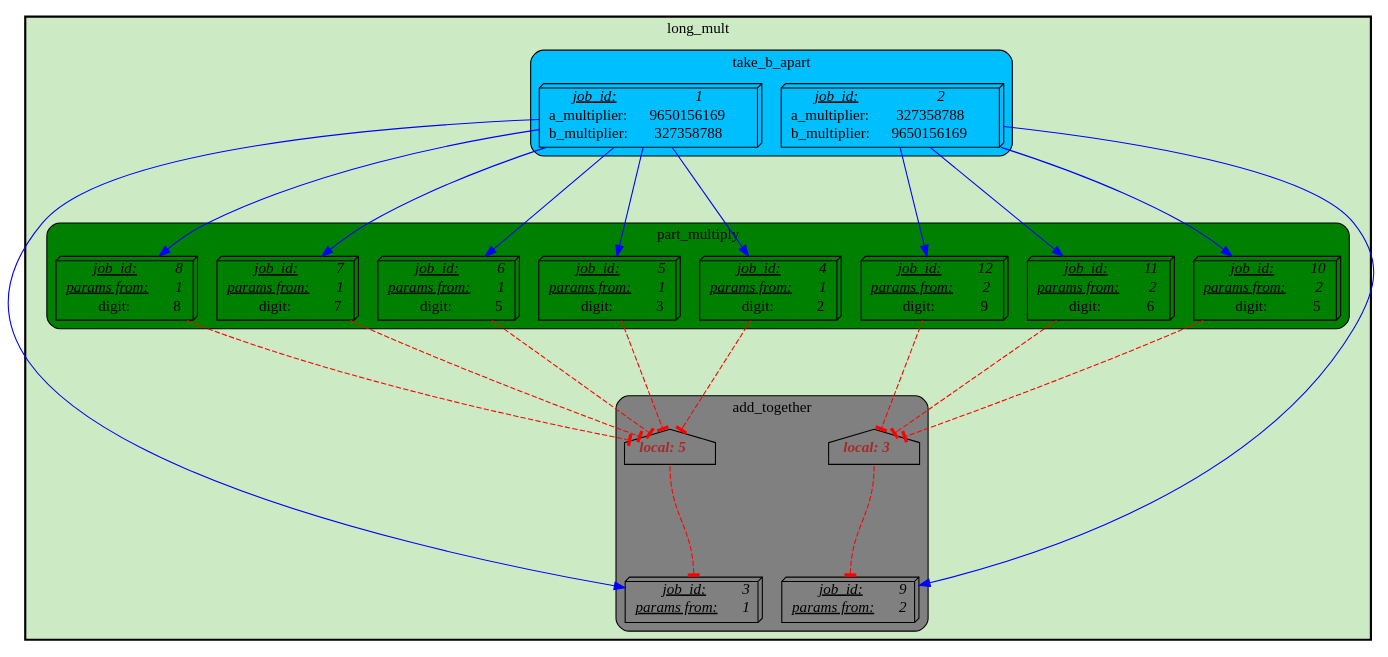
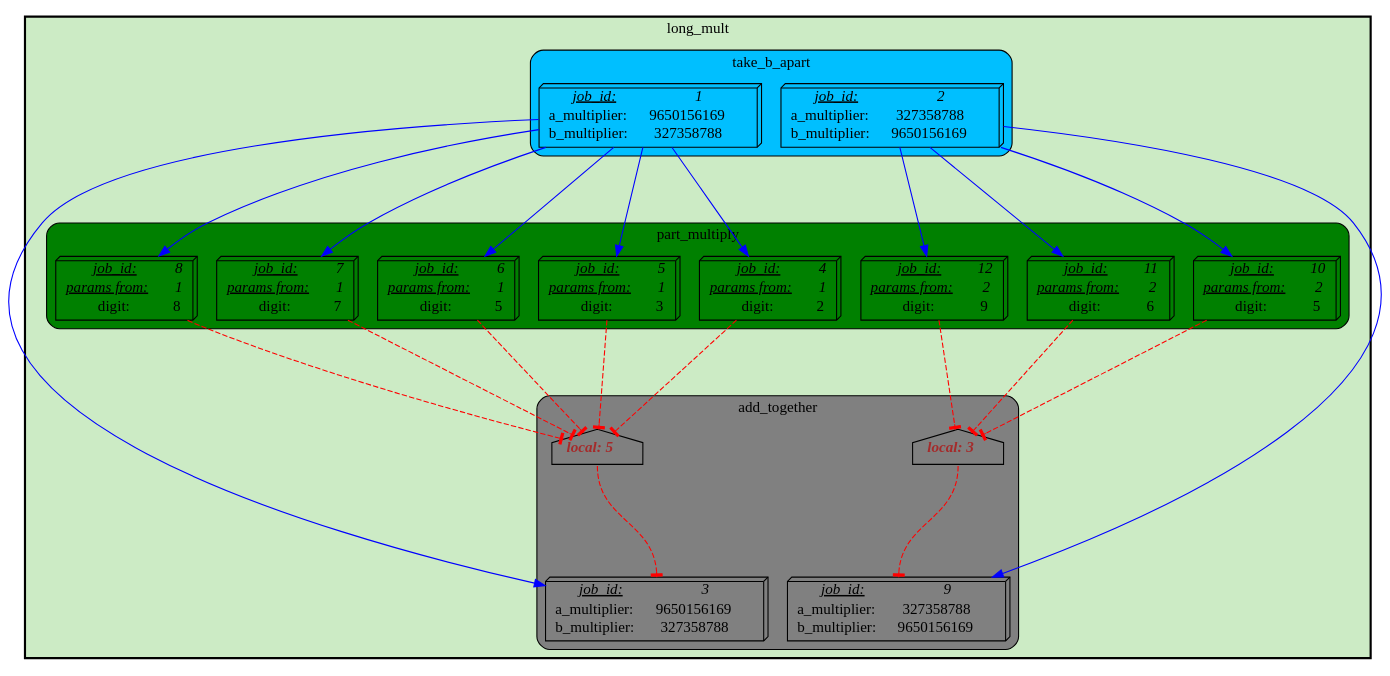
The diagram in t/03.scripts/visualize_jobs/long_mult/long_mult_jobs_03.dot (Ensembl/ensembl-hive), drawn with Graphviz before and after one commit. The commit also changed 27 other files, not shown here.

```diff
--- a/t/03.scripts/visualize_jobs/long_mult/long_mult_jobs_03.dot
+++ b/t/03.scripts/visualize_jobs/long_mult/long_mult_jobs_03.dot
@@ -1,80 +1,80 @@
 digraph test {
 	ratio="compress"; name = "JobDependencyGraph"; pad = "0"; ranksep = "1.4"; remincross = "true";
 	job_10__long_mult [fillcolor="green", label=<<table border="0" cellborder="0" cellspacing="0" cellpadding="1"><tr><td><u><i>job_id:</i></u></td><td><i>10</i></td></tr><tr><td><u><i>params from:</i></u></td><td><i>2</i></td></tr><tr><td>digit:</td><td> 5</td></tr></table>>, shape="box3d", style="filled"];
 	job_11__long_mult [fillcolor="green", label=<<table border="0" cellborder="0" cellspacing="0" cellpadding="1"><tr><td><u><i>job_id:</i></u></td><td><i>11</i></td></tr><tr><td><u><i>params from:</i></u></td><td><i>2</i></td></tr><tr><td>digit:</td><td> 6</td></tr></table>>, shape="box3d", style="filled"];
 	job_12__long_mult [fillcolor="green", label=<<table border="0" cellborder="0" cellspacing="0" cellpadding="1"><tr><td><u><i>job_id:</i></u></td><td><i>12</i></td></tr><tr><td><u><i>params from:</i></u></td><td><i>2</i></td></tr><tr><td>digit:</td><td> 9</td></tr></table>>, shape="box3d", style="filled"];
 	job_1__long_mult [fillcolor="DeepSkyBlue", label=<<table border="0" cellborder="0" cellspacing="0" cellpadding="1"><tr><td><u><i>job_id:</i></u></td><td><i>1</i></td></tr><tr><td>a_multiplier:</td><td> 9650156169</td></tr><tr><td>b_multiplier:</td><td> 327358788</td></tr></table>>, shape="box3d", style="filled"];
 	job_2__long_mult [fillcolor="DeepSkyBlue", label=<<table border="0" cellborder="0" cellspacing="0" cellpadding="1"><tr><td><u><i>job_id:</i></u></td><td><i>2</i></td></tr><tr><td>a_multiplier:</td><td> 327358788</td></tr><tr><td>b_multiplier:</td><td> 9650156169</td></tr></table>>, shape="box3d", style="filled"];
-	job_3__long_mult [fillcolor="grey", label=<<table border="0" cellborder="0" cellspacing="0" cellpadding="1"><tr><td><u><i>job_id:</i></u></td><td><i>3</i></td></tr><tr><td><u><i>params from:</i></u></td><td><i>1</i></td></tr></table>>, shape="box3d", style="filled"];
+	job_3__long_mult [fillcolor="grey", label=<<table border="0" cellborder="0" cellspacing="0" cellpadding="1"><tr><td><u><i>job_id:</i></u></td><td><i>3</i></td></tr><tr><td>a_multiplier:</td><td> 9650156169</td></tr><tr><td>b_multiplier:</td><td> 327358788</td></tr></table>>, shape="box3d", style="filled"];
 	job_4__long_mult [fillcolor="green", label=<<table border="0" cellborder="0" cellspacing="0" cellpadding="1"><tr><td><u><i>job_id:</i></u></td><td><i>4</i></td></tr><tr><td><u><i>params from:</i></u></td><td><i>1</i></td></tr><tr><td>digit:</td><td> 2</td></tr></table>>, shape="box3d", style="filled"];
 	job_5__long_mult [fillcolor="green", label=<<table border="0" cellborder="0" cellspacing="0" cellpadding="1"><tr><td><u><i>job_id:</i></u></td><td><i>5</i></td></tr><tr><td><u><i>params from:</i></u></td><td><i>1</i></td></tr><tr><td>digit:</td><td> 3</td></tr></table>>, shape="box3d", style="filled"];
 	job_6__long_mult [fillcolor="green", label=<<table border="0" cellborder="0" cellspacing="0" cellpadding="1"><tr><td><u><i>job_id:</i></u></td><td><i>6</i></td></tr><tr><td><u><i>params from:</i></u></td><td><i>1</i></td></tr><tr><td>digit:</td><td> 5</td></tr></table>>, shape="box3d", style="filled"];
 	job_7__long_mult [fillcolor="green", label=<<table border="0" cellborder="0" cellspacing="0" cellpadding="1"><tr><td><u><i>job_id:</i></u></td><td><i>7</i></td></tr><tr><td><u><i>params from:</i></u></td><td><i>1</i></td></tr><tr><td>digit:</td><td> 7</td></tr></table>>, shape="box3d", style="filled"];
 	job_8__long_mult [fillcolor="green", label=<<table border="0" cellborder="0" cellspacing="0" cellpadding="1"><tr><td><u><i>job_id:</i></u></td><td><i>8</i></td></tr><tr><td><u><i>params from:</i></u></td><td><i>1</i></td></tr><tr><td>digit:</td><td> 8</td></tr></table>>, shape="box3d", style="filled"];
-	job_9__long_mult [fillcolor="grey", label=<<table border="0" cellborder="0" cellspacing="0" cellpadding="1"><tr><td><u><i>job_id:</i></u></td><td><i>9</i></td></tr><tr><td><u><i>params from:</i></u></td><td><i>2</i></td></tr></table>>, shape="box3d", style="filled"];
+	job_9__long_mult [fillcolor="grey", label=<<table border="0" cellborder="0" cellspacing="0" cellpadding="1"><tr><td><u><i>job_id:</i></u></td><td><i>9</i></td></tr><tr><td>a_multiplier:</td><td> 327358788</td></tr><tr><td>b_multiplier:</td><td> 9650156169</td></tr></table>>, shape="box3d", style="filled"];
 	semaphore_1__long_mult [fillcolor="grey", label=<<table border="0" cellborder="0" cellspacing="0" cellpadding="1"><tr><td colspan="3"><font color="brown"><b><i>local: 5</i></b></font></td></tr></table>>, margin="0,0", shape="house", style="filled"];
 	semaphore_2__long_mult [fillcolor="grey", label=<<table border="0" cellborder="0" cellspacing="0" cellpadding="1"><tr><td colspan="3"><font color="brown"><b><i>local: 3</i></b></font></td></tr></table>>, margin="0,0", shape="house", style="filled"];
 	job_10__long_mult -> semaphore_2__long_mult [arrowhead="tee", color="red", style="dashed"];
 	job_11__long_mult -> semaphore_2__long_mult [arrowhead="tee", color="red", style="dashed"];
 	job_12__long_mult -> semaphore_2__long_mult [arrowhead="tee", color="red", style="dashed"];
 	job_1__long_mult -> job_3__long_mult [color="blue"];
 	job_1__long_mult -> job_4__long_mult [color="blue"];
 	job_1__long_mult -> job_5__long_mult [color="blue"];
 	job_1__long_mult -> job_6__long_mult [color="blue"];
 	job_1__long_mult -> job_7__long_mult [color="blue"];
 	job_1__long_mult -> job_8__long_mult [color="blue"];
 	job_2__long_mult -> job_10__long_mult [color="blue"];
 	job_2__long_mult -> job_11__long_mult [color="blue"];
 	job_2__long_mult -> job_12__long_mult [color="blue"];
 	job_2__long_mult -> job_9__long_mult [color="blue"];
 	job_4__long_mult -> semaphore_1__long_mult [arrowhead="tee", color="red", style="dashed"];
 	job_5__long_mult -> semaphore_1__long_mult [arrowhead="tee", color="red", style="dashed"];
 	job_6__long_mult -> semaphore_1__long_mult [arrowhead="tee", color="red", style="dashed"];
 	job_7__long_mult -> semaphore_1__long_mult [arrowhead="tee", color="red", style="dashed"];
 	job_8__long_mult -> semaphore_1__long_mult [arrowhead="tee", color="red", style="dashed"];
 	semaphore_1__long_mult -> job_3__long_mult [arrowhead="tee", color="red", headport="n", style="dashed", tailport="s"];
 	semaphore_2__long_mult -> job_9__long_mult [arrowhead="tee", color="red", headport="n", style="dashed", tailport="s"];
 
 subgraph cluster_long_mult {
 	label="long_mult";
 	style="bold,filled";
 	colorscheme="pastel19";
 	fillcolor="3";
 	color="";
 	subgraph cluster_add_together {
 		label="add_together";
 		style="rounded,filled";
 		colorscheme="X11";
 		fillcolor="grey";
 		color="";
 		job_3__long_mult;
 		job_9__long_mult;
 		semaphore_1__long_mult;
 		semaphore_2__long_mult;
 	}
 	subgraph cluster_part_multiply {
 		label="part_multiply";
 		style="rounded,filled";
 		colorscheme="X11";
 		fillcolor="green";
 		color="";
 		job_10__long_mult;
 		job_11__long_mult;
 		job_12__long_mult;
 		job_4__long_mult;
 		job_5__long_mult;
 		job_6__long_mult;
 		job_7__long_mult;
 		job_8__long_mult;
 	}
 	subgraph cluster_take_b_apart {
 		label="take_b_apart";
 		style="rounded,filled";
 		colorscheme="X11";
 		fillcolor="DeepSkyBlue";
 		color="";
 		job_1__long_mult;
 		job_2__long_mult;
 	}
 }
 }
```
